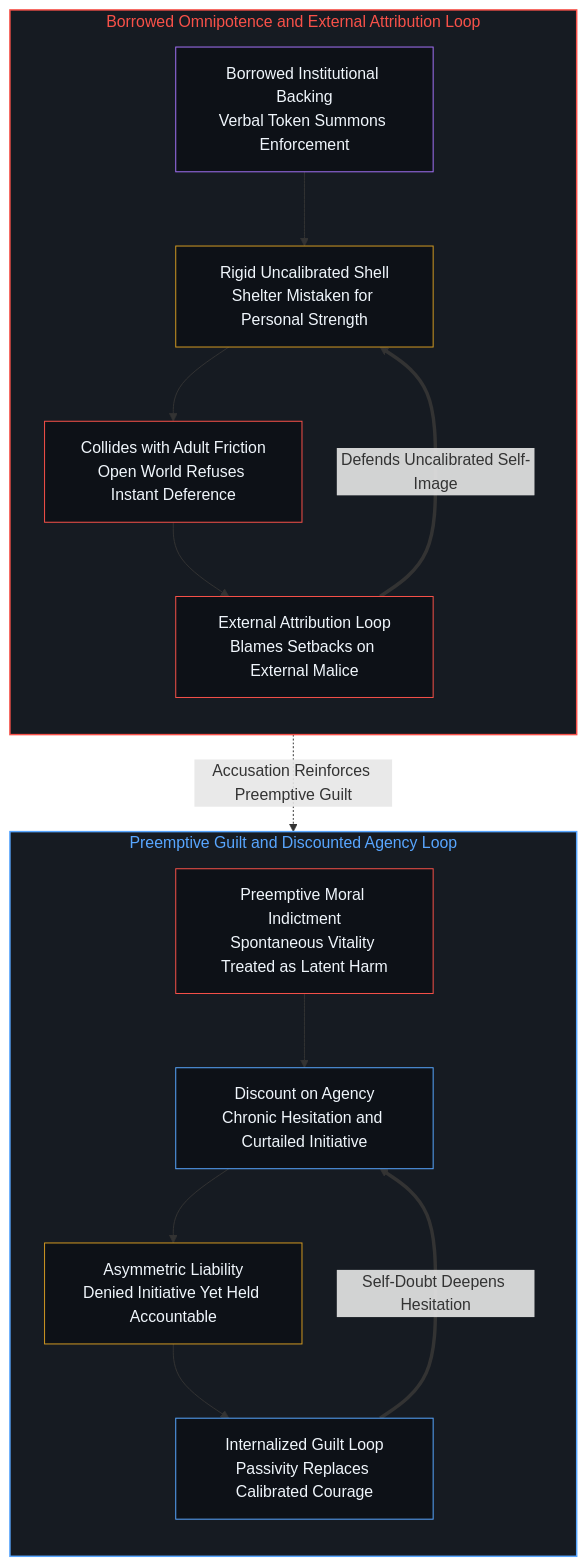
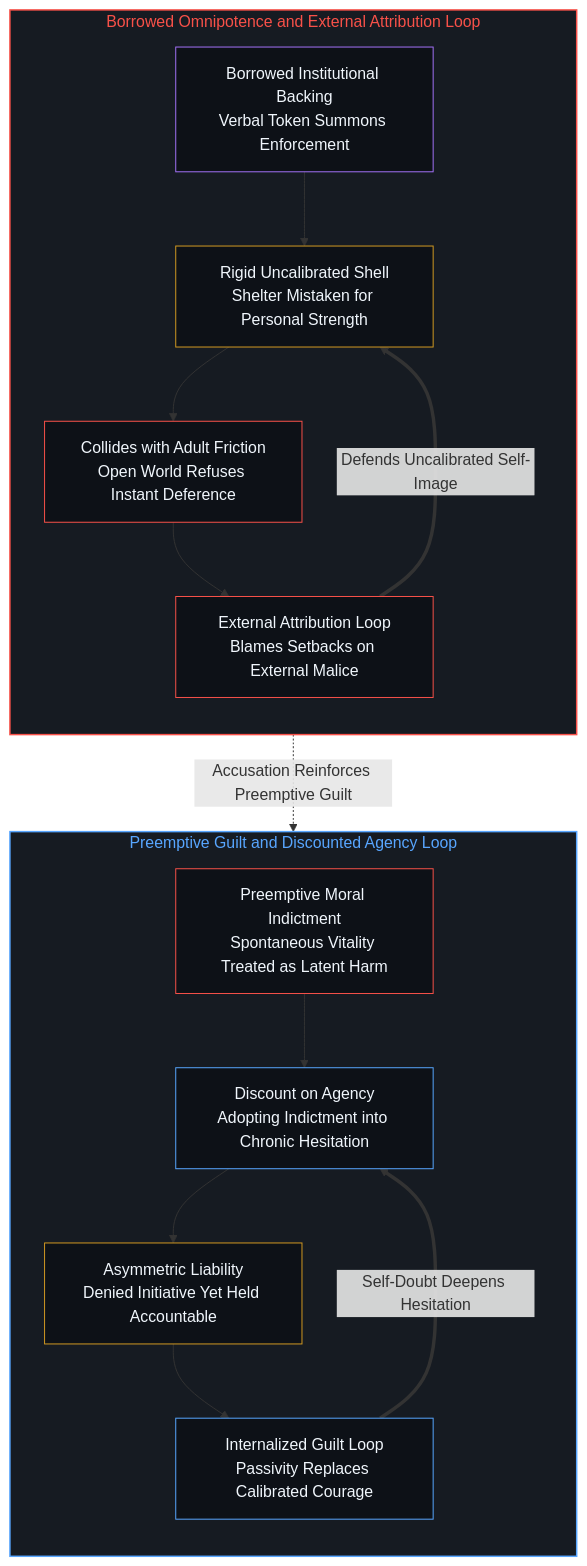
One commit to powerpig99/not-a-toe changed the sixth of 6 diagrams in content/posts/the-unfrictioned-mind-and-borrowed-omnipotence.md. Above: the diagram before and after it, drawn with Mermaid. The commit also changed other lines of this file and 4 other files, not shown here.

````diff
--- a/content/posts/the-unfrictioned-mind-and-borrowed-omnipotence.md
+++ b/content/posts/the-unfrictioned-mind-and-borrowed-omnipotence.md
@@ -178,32 +178,32 @@
 ```mermaid
 flowchart TD
   subgraph S_FEM["Borrowed Omnipotence and External Attribution Loop"]
     direction TB
     F_BORROW["Borrowed Institutional Backing<br/>Verbal Token Summons Enforcement"]
     F_SHELL["Rigid Uncalibrated Shell<br/>Shelter Mistaken for Personal Strength"]
     F_COLLAPSE["Collides with Adult Friction<br/>Open World Refuses Instant Deference"]
     F_ATTR["External Attribution Loop<br/>Blames Setbacks on External Malice"]
     F_BORROW --> F_SHELL --> F_COLLAPSE --> F_ATTR
     F_ATTR ==>|"Defends Uncalibrated Self-Image"| F_SHELL
   end
   subgraph S_MALE["Preemptive Guilt and Discounted Agency Loop"]
     direction TB
     M_PREEMPT["Preemptive Moral Indictment<br/>Spontaneous Vitality Treated as Latent Harm"]
-    M_DISCOUNT["Discount on Agency<br/>Chronic Hesitation and Curtailed Initiative"]
+    M_DISCOUNT["Discount on Agency<br/>Adopting Indictment into Chronic Hesitation"]
     M_BURDEN["Asymmetric Liability<br/>Denied Initiative Yet Held Accountable"]
     M_GUILT["Internalized Guilt Loop<br/>Passivity Replaces Calibrated Courage"]
     M_PREEMPT --> M_DISCOUNT --> M_BURDEN --> M_GUILT
     M_GUILT ==>|"Self-Doubt Deepens Hesitation"| M_DISCOUNT
   end
   F_ATTR -.->|"Accusation Reinforces Preemptive Guilt"| M_PREEMPT
   style S_FEM fill:#161b22,stroke:#f85149,stroke-width:1.5px,color:#f85149
   style S_MALE fill:#161b22,stroke:#58a6ff,stroke-width:1.5px,color:#58a6ff
   style F_BORROW fill:#0d1117,stroke:#a371f7,stroke-width:1px,color:#f0f6fc
   style F_SHELL fill:#0d1117,stroke:#d29922,stroke-width:1px,color:#f0f6fc
   style F_COLLAPSE fill:#0d1117,stroke:#f85149,stroke-width:1px,color:#f0f6fc
   style F_ATTR fill:#0d1117,stroke:#f85149,stroke-width:1px,color:#f0f6fc
   style M_PREEMPT fill:#0d1117,stroke:#f85149,stroke-width:1px,color:#f0f6fc
   style M_DISCOUNT fill:#0d1117,stroke:#58a6ff,stroke-width:1px,color:#f0f6fc
   style M_BURDEN fill:#0d1117,stroke:#d29922,stroke-width:1px,color:#f0f6fc
   style M_GUILT fill:#0d1117,stroke:#58a6ff,stroke-width:1px,color:#f0f6fc
 ```
````
